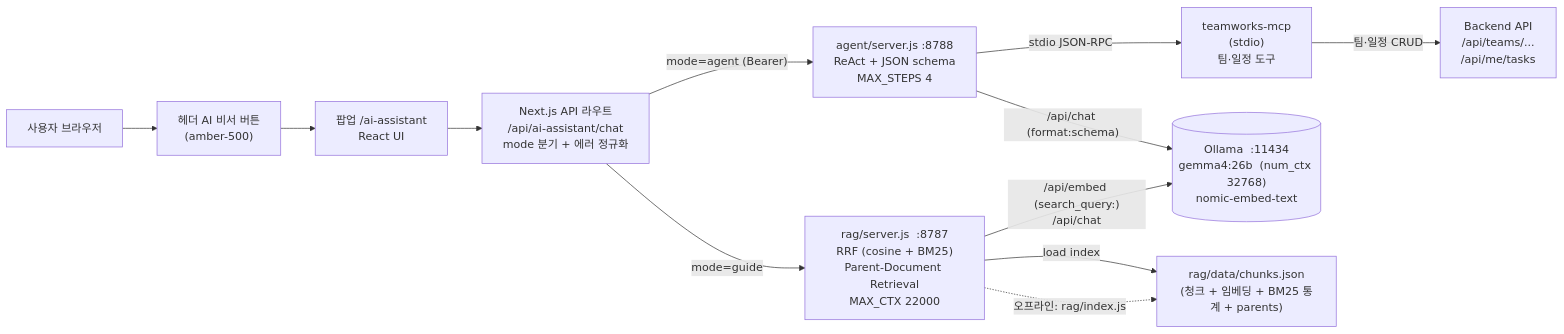
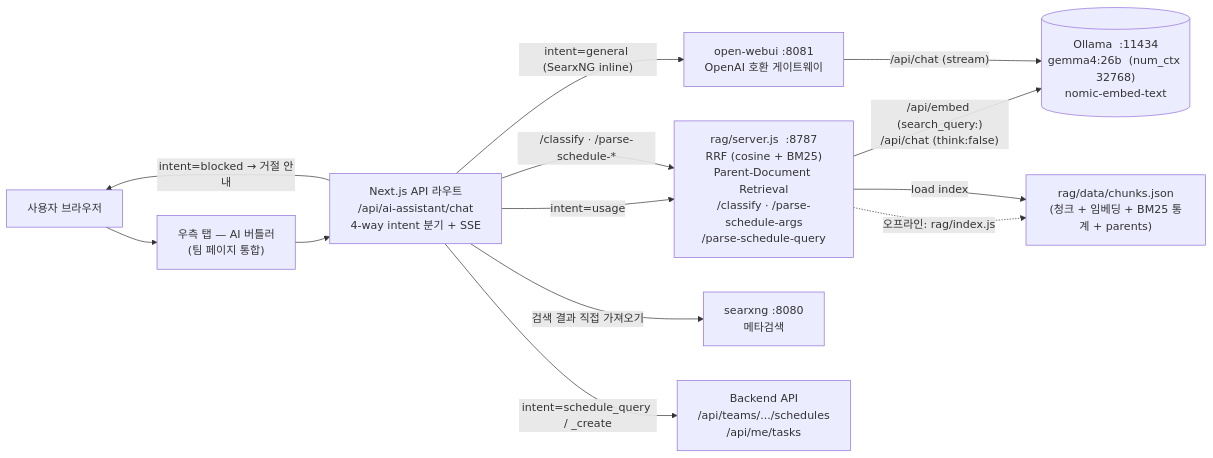
Before and after one commit to kreon720-ctrl/first-app: the seventh of 7 diagrams in docs/5-tech-arch-diagram.md, drawn with Mermaid. The commit also changed other lines of this file and 21 other files, not shown here.

First line of the commit message:
feat: 4-way 의도 분류 + 자체 MCP 폐기 + 다중 턴 일정 등록

````diff
--- a/docs/5-tech-arch-diagram.md
+++ b/docs/5-tech-arch-diagram.md
@@ -221,23 +221,24 @@
 ```mermaid
 flowchart LR
     User["사용자 브라우저"]
-    Btn["헤더 AI 비서 버튼\n(amber-500)"]
-    Pop["팝업 /ai-assistant\nReact UI"]
-    Proxy["Next.js API 라우트\n/api/ai-assistant/chat\nmode 분기 + 에러 정규화"]
-    RAG["rag/server.js  :8787\nRRF (cosine + BM25)\nParent-Document Retrieval\nMAX_CTX 22000"]
-    Agent["agent/server.js  :8788\nReAct + JSON schema\nMAX_STEPS 4"]
-    MCP["teamworks-mcp\n(stdio)\n팀·일정 도구"]
-    Backend["Backend API\n/api/teams/...\n/api/me/tasks"]
+    Tab["우측 탭 — AI 버틀러\n(팀 페이지 통합)"]
+    Proxy["Next.js API 라우트\n/api/ai-assistant/chat\n4-way intent 분기 + SSE"]
+    RAG["rag/server.js  :8787\nRRF (cosine + BM25)\nParent-Document Retrieval\n/classify · /parse-schedule-args\n/parse-schedule-query"]
+    OpenWebUI["open-webui  :8081\nOpenAI 호환 게이트웨이"]
+    SearxNG["searxng  :8080\n메타검색"]
+    Backend["Backend API\n/api/teams/.../schedules\n/api/me/tasks"]
     Ollama[("Ollama  :11434\ngemma4:26b  (num_ctx 32768)\nnomic-embed-text")]
     Chunks["rag/data/chunks.json\n(청크 + 임베딩 + BM25 통계 + parents)"]
 
-    User --> Btn --> Pop --> Proxy
-    Proxy -- "mode=guide" --> RAG
-    Proxy -- "mode=agent (Bearer)" --> Agent
-    RAG -- "/api/embed (search_query:)\n/api/chat" --> Ollama
+    User --> Tab --> Proxy
+    Proxy -- "intent=usage" --> RAG
+    Proxy -- "intent=general (SearxNG inline)" --> OpenWebUI
+    Proxy -- "intent=schedule_query / _create" --> Backend
+    Proxy -- "intent=blocked → 거절 안내" --> User
+    Proxy -- "/classify · /parse-schedule-*" --> RAG
+    Proxy -- "검색 결과 직접 가져오기" --> SearxNG
+    RAG -- "/api/embed (search_query:)\n/api/chat (think:false)" --> Ollama
+    OpenWebUI -- "/api/chat (stream)" --> Ollama
     RAG -. "오프라인: rag/index.js" .-> Chunks
     RAG -- "load index" --> Chunks
-    Agent -- "/api/chat (format:schema)" --> Ollama
-    Agent -- "stdio JSON-RPC" --> MCP
-    MCP -- "팀·일정 CRUD" --> Backend
 ```
````
